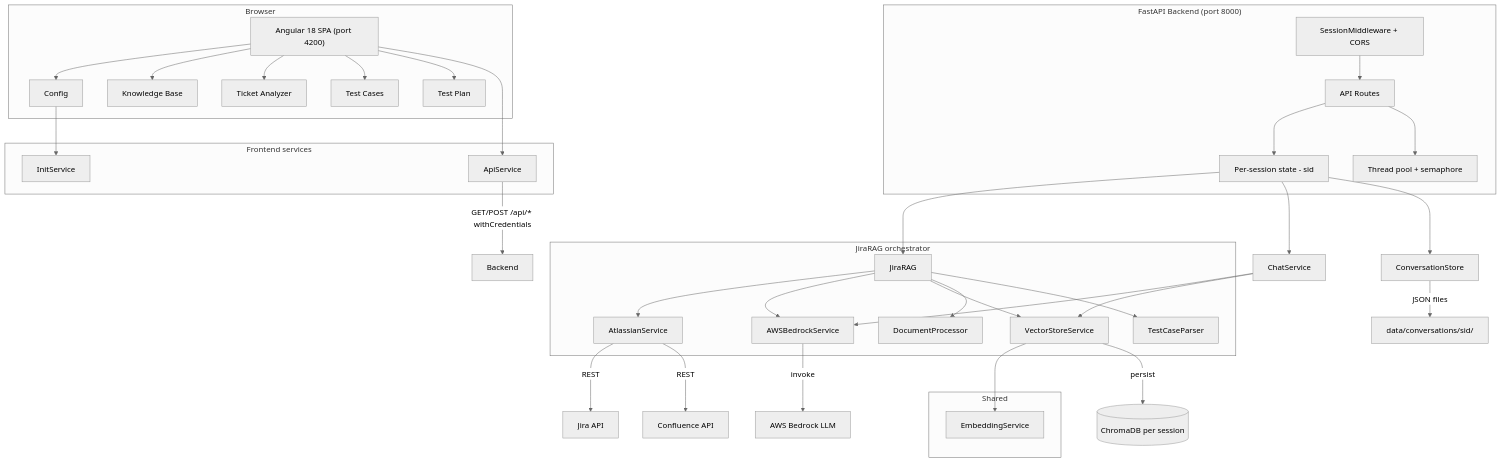
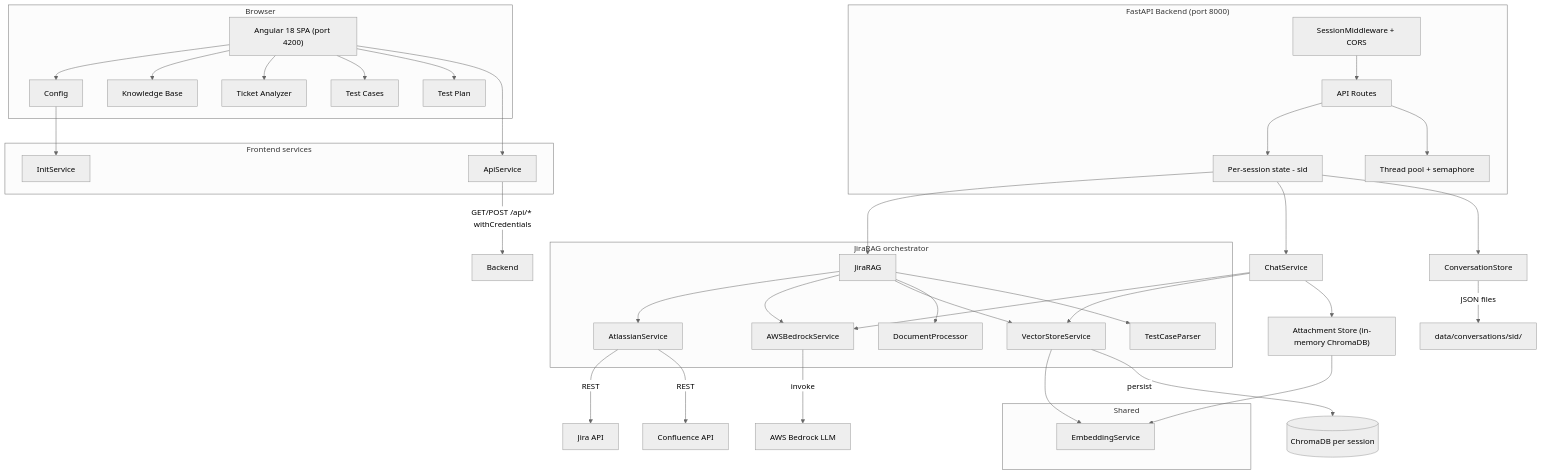
One commit to sunnydas1992/AI_Assistant_Angular changed the first of 2 diagrams in docs/ARCHITECTURE.md. Above: the diagram before and after it, drawn with Mermaid (neutral theme). The commit also changed other lines of this file and 5 other files, not shown here.

````diff
--- a/docs/ARCHITECTURE.md
+++ b/docs/ARCHITECTURE.md
@@ -9,62 +9,64 @@
 ```mermaid
 flowchart TB
   subgraph browser [Browser]
     Angular["Angular 18 SPA (port 4200)"]
     Config[Config]
     KB[Knowledge Base]
     TA[Ticket Analyzer]
     TC[Test Cases]
     TP[Test Plan]
     Angular --> Config
     Angular --> KB
     Angular --> TA
     Angular --> TC
     Angular --> TP
   end
 
   subgraph frontend_services [Frontend services]
     ApiService[ApiService]
     InitService[InitService]
   end
 
   Angular --> ApiService
   Config --> InitService
   ApiService -->|"GET/POST /api/* withCredentials"| Backend
 
   subgraph backend ["FastAPI Backend (port 8000)"]
     Middleware[SessionMiddleware + CORS]
     Routes[API Routes]
     SessionState["Per-session state - sid"]
     ThreadPool[Thread pool + semaphore]
     Middleware --> Routes
     Routes --> SessionState
     Routes --> ThreadPool
   end
 
   SessionState --> RAG[JiraRAG]
   SessionState --> Chat[ChatService]
   SessionState --> ConvStore[ConversationStore]
 
   subgraph jira_rag [JiraRAG orchestrator]
     RAG --> Atlassian[AtlassianService]
     RAG --> Bedrock[AWSBedrockService]
     RAG --> VectorStore[VectorStoreService]
     RAG --> DocProc[DocumentProcessor]
     RAG --> Parser[TestCaseParser]
   end
 
   Chat --> Bedrock
   Chat --> VectorStore
+  Chat --> AttStore["Attachment Store (in-memory ChromaDB)"]
+  AttStore --> EmbeddingService
 
   subgraph shared [Shared]
     EmbeddingService[EmbeddingService]
   end
 
   VectorStore --> EmbeddingService
 
   Atlassian -->|"REST"| JiraAPI[Jira API]
   Atlassian -->|"REST"| ConfluenceAPI[Confluence API]
   Bedrock -->|"invoke"| AWSBedrock[AWS Bedrock LLM]
   VectorStore -->|"persist"| ChromaDB[(ChromaDB per session)]
   ConvStore -->|"JSON files"| FS["data/conversations/sid/"]
 ```
````
